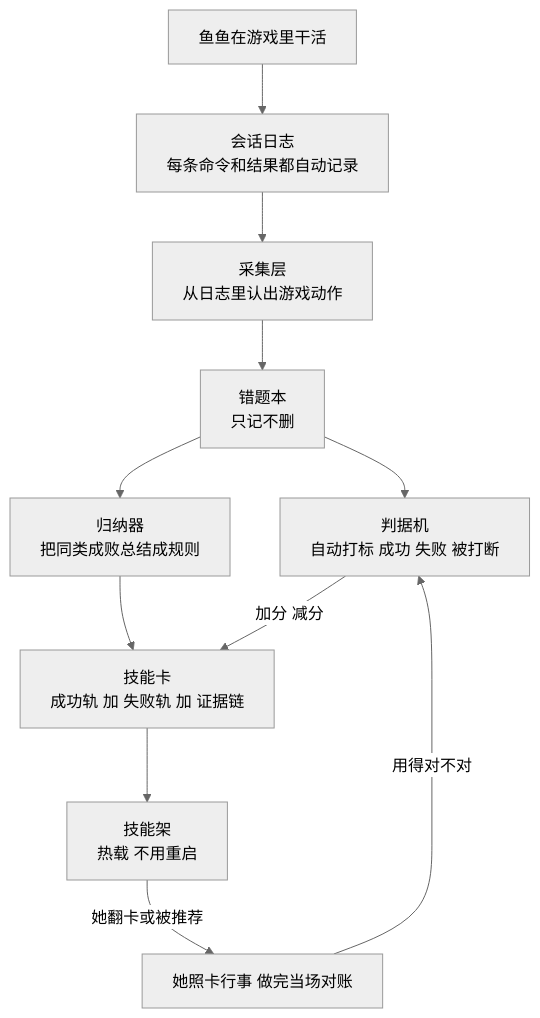
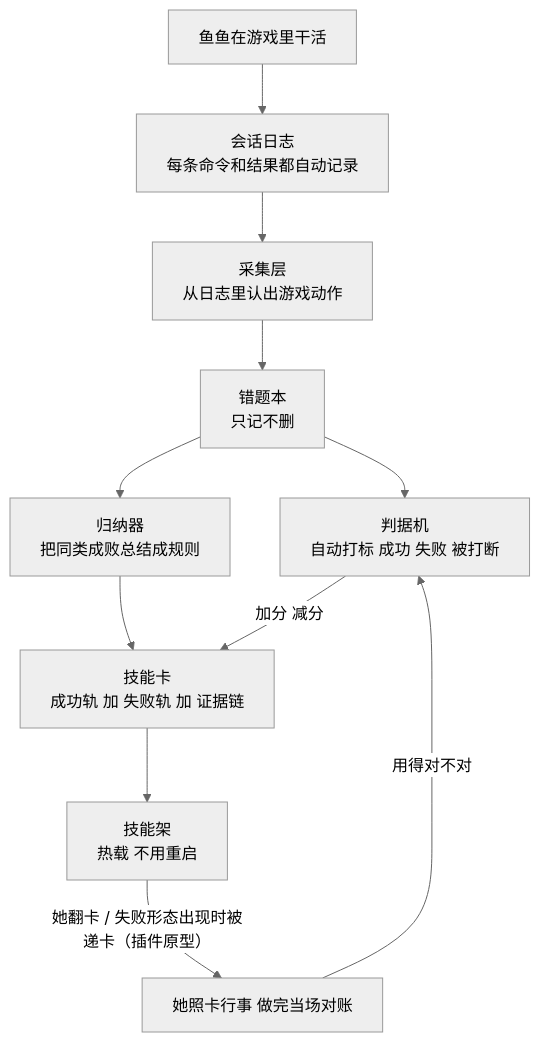
One commit to YeStarOne/feiyuos-experience-memory changed the diagram in README.md. Above: the diagram before and after it, drawn with Mermaid (neutral theme). The commit also changed other lines of this file and 2 other files, not shown here.

````diff
--- a/README.md
+++ b/README.md
@@ -60,13 +96,13 @@
 ```mermaid
 flowchart TD
     A["鱼鱼在游戏里干活"] --> B["会话日志<br/>每条命令和结果都自动记录"]
     B --> C["采集层<br/>从日志里认出游戏动作"]
     C --> D["错题本<br/>只记不删"]
     D --> E["判据机<br/>自动打标 成功 失败 被打断"]
     D --> F["归纳器<br/>把同类成败总结成规则"]
     F --> G["技能卡<br/>成功轨 加 失败轨 加 证据链"]
     G --> H["技能架<br/>热载 不用重启"]
-    H -->|她翻卡或被推荐| I["她照卡行事 做完当场对账"]
+    H -->|她翻卡 / 失败形态出现时被递卡（插件原型）| I["她照卡行事 做完当场对账"]
     I -->|用得对不对| E
     E -->|加分 减分| G
 ```
````
